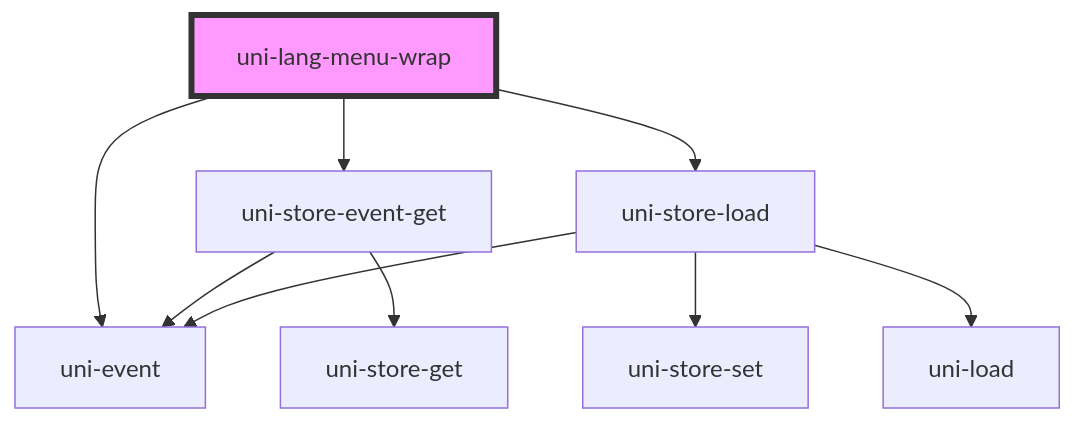
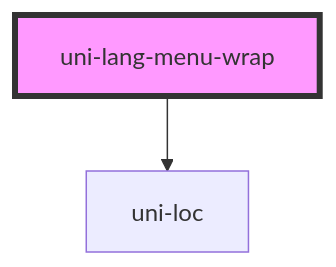
Before and after one commit to uiregex/uni-localize: the diagram in src/lang-menu/components/wrap/readme.md, drawn with Mermaid. The commit also changed other lines of this file and 20 other files, not shown here.

````diff
--- a/src/lang-menu/components/wrap/readme.md
+++ b/src/lang-menu/components/wrap/readme.md
@@ -28,12 +26,5 @@
 ```mermaid
 graph TD;
-  uni-lang-menu-wrap --> uni-event
-  uni-lang-menu-wrap --> uni-store-event-get
-  uni-lang-menu-wrap --> uni-store-load
-  uni-store-event-get --> uni-event
-  uni-store-event-get --> uni-store-get
-  uni-store-load --> uni-event
-  uni-store-load --> uni-store-set
-  uni-store-load --> uni-load
+  uni-lang-menu-wrap --> uni-loc
   style uni-lang-menu-wrap fill:#f9f,stroke:#333,stroke-width:4px
 ```
````
